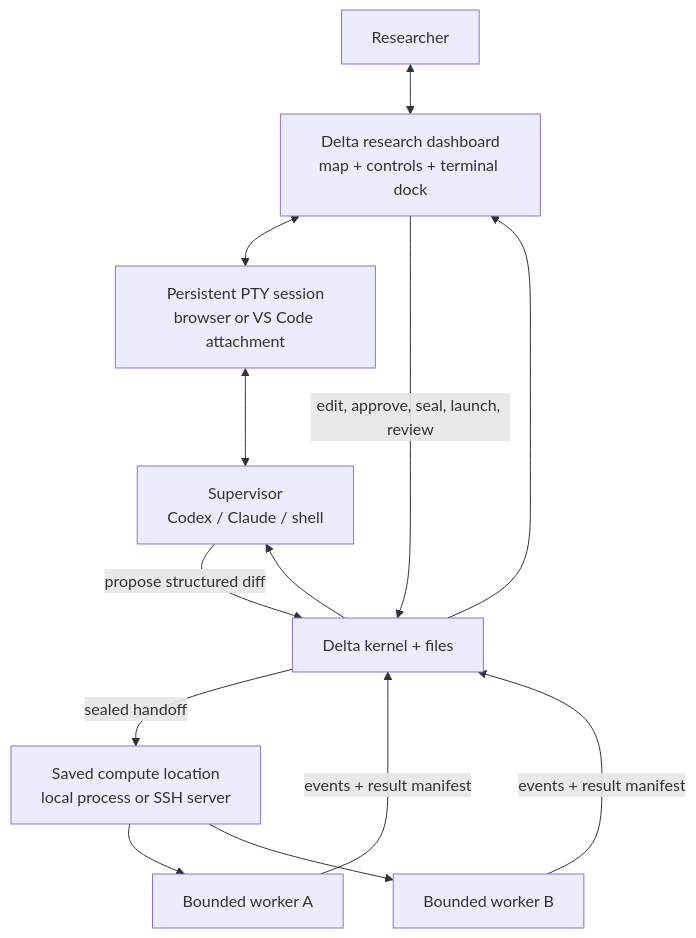
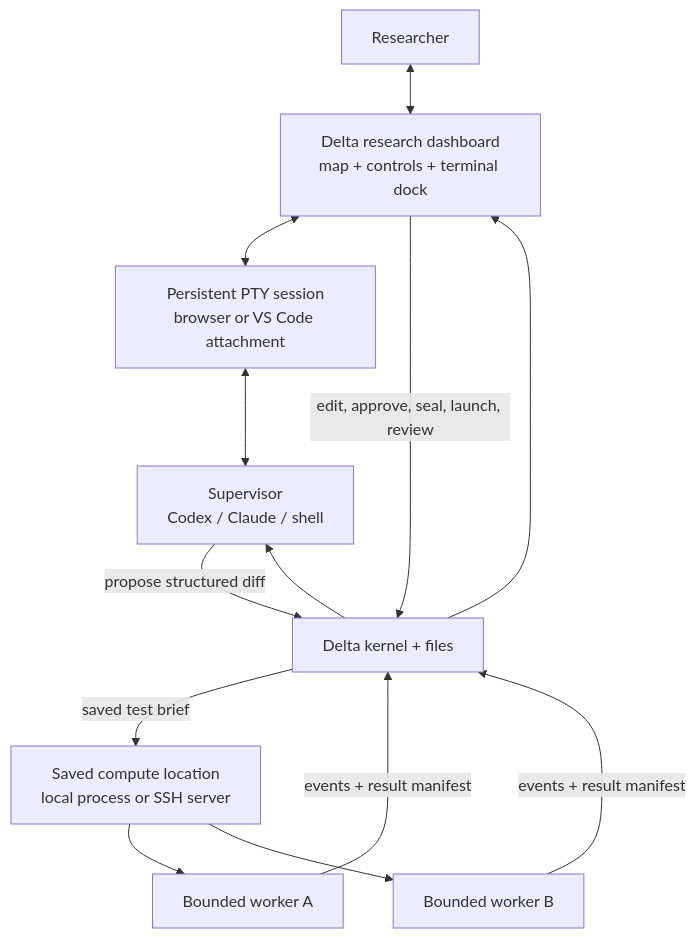
Before and after one commit to user074/delta-loop: the first of 3 diagrams in docs/POC_PLAN.md, drawn with Mermaid. The commit also changed other lines of this file and 21 other files, not shown here.

````diff
--- a/docs/POC_PLAN.md
+++ b/docs/POC_PLAN.md
@@ -161,15 +161,15 @@
 ```mermaid
 flowchart TB
     H["Researcher"] <--> UI["Delta research dashboard<br/>map + controls + terminal dock"]
     UI <--> T["Persistent PTY session<br/>browser or VS Code attachment"]
     T <--> S["Supervisor<br/>Codex / Claude / shell"]
     S -->|"propose structured diff"| K["Delta kernel + files"]
     UI -->|"edit, approve, seal, launch, review"| K
-    K -->|"sealed handoff"| R["Saved compute location<br/>local process or SSH server"]
+    K -->|"saved test brief"| R["Saved compute location<br/>local process or SSH server"]
     R --> W1["Bounded worker A"]
     R --> W2["Bounded worker B"]
     W1 -->|"events + result manifest"| K
     W2 -->|"events + result manifest"| K
     K --> UI
     K --> S
 ```
````
